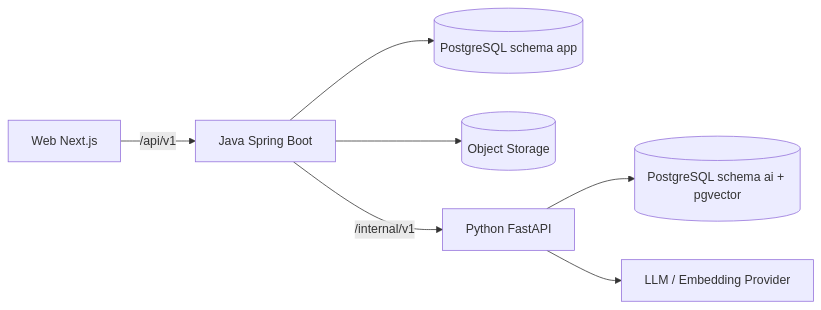
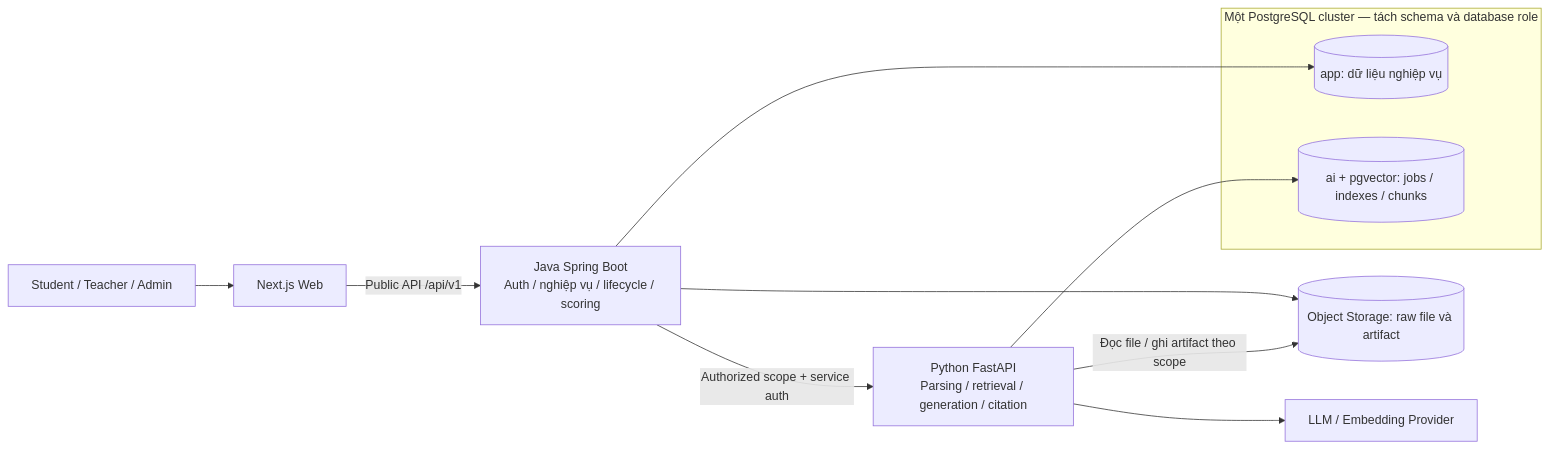
One commit to bch7504/DATN changed the diagram in docs/diagrams/chuong-2/02-kien-truc-he-thong.mmd. Above: the diagram before and after it, drawn with Mermaid. The commit also changed 48 other files, not shown here.

Commit message:
docs: restructure report ch2 (analysis phase) and ch3 (design phase), clean up diagrams

```diff
--- a/docs/diagrams/chuong-2/02-kien-truc-he-thong.mmd
+++ b/docs/diagrams/chuong-2/02-kien-truc-he-thong.mmd
@@ -1,7 +1,13 @@
 flowchart LR
-  U[Web Next.js] -->|/api/v1| J[Java Spring Boot]
-  J --> A[(PostgreSQL schema app)]
-  J --> O[(Object Storage)]
-  J -->|/internal/v1| P[Python FastAPI]
-  P --> V[(PostgreSQL schema ai + pgvector)]
-  P --> L[LLM / Embedding Provider]
+  U["Student / Teacher / Admin"] --> W["Next.js Web"]
+  W -->|Public API /api/v1| J["Java Spring Boot<br/>Auth / nghiệp vụ / lifecycle / scoring"]
+  J -->|Authorized scope + service auth| P["Python FastAPI<br/>Parsing / retrieval / generation / citation"]
+  subgraph PG["Một PostgreSQL cluster — tách schema và database role"]
+    APP[("app: dữ liệu nghiệp vụ")]
+    AI[("ai + pgvector: jobs / indexes / chunks")]
+  end
+  J --> APP
+  P --> AI
+  J --> O[("Object Storage: raw file và artifact")]
+  P -->|Đọc file / ghi artifact theo scope| O
+  P --> L["LLM / Embedding Provider"]
```
